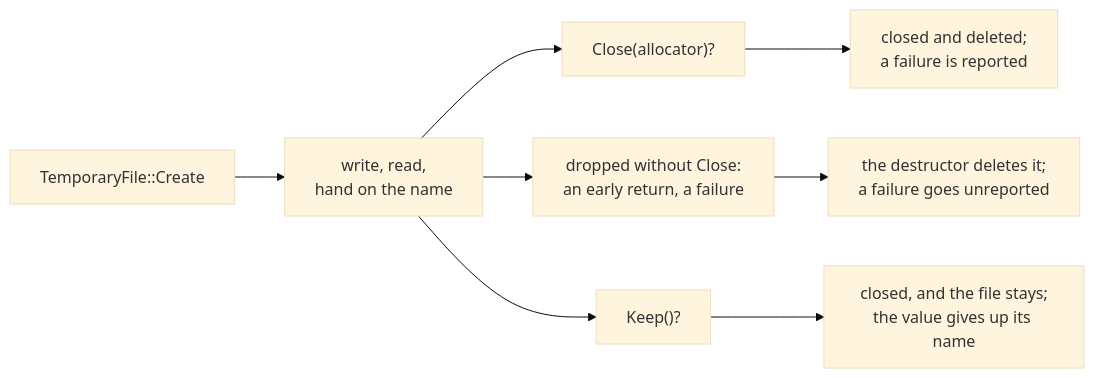
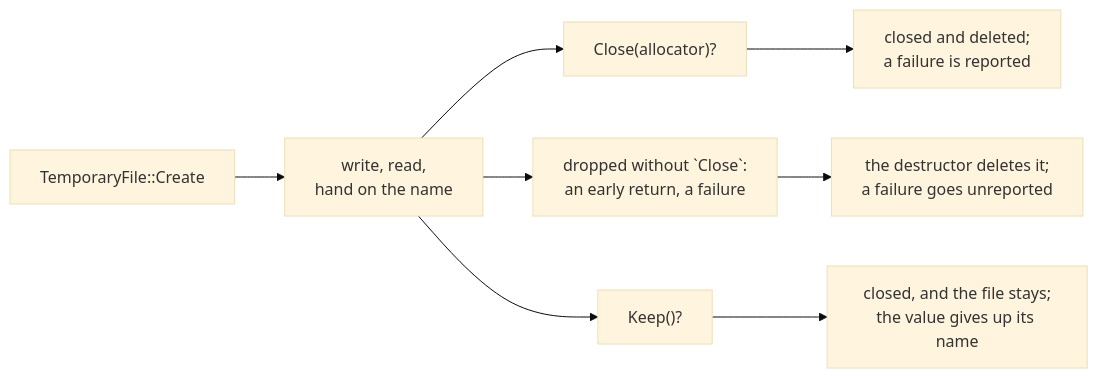
The diagram in content/docs/1.learn/19.files/10.temporary-file.md (rux-lang/Web), drawn with Mermaid (base theme) before and after one commit. The commit also changed 187 other files, not shown here.

First line of the commit message:
Draw the Learn diagrams for phones, with code in the mono face

````diff
--- a/content/docs/1.learn/19.files/10.temporary-file.md
+++ b/content/docs/1.learn/19.files/10.temporary-file.md
@@ -47,10 +47,10 @@
 ```mermaid
 flowchart LR
-    c["TemporaryFile::Create"] --> use["write, read,<br/>hand on the name"]
-    use --> close["Close(allocator)?"]
-    use --> drop["dropped without Close:<br/>an early return, a failure"]
-    use --> keep["Keep()?"]
+    c["`TemporaryFile::Create`"] --> use["write, read,<br/>hand on the name"]
+    use --> close["`Close(allocator)?`"]
+    use --> drop["dropped without `Close`:<br/>an early return, a failure"]
+    use --> keep["`Keep()?`"]
     close --> gone1["closed and deleted;<br/>a failure is reported"]
     drop --> gone2["the destructor deletes it;<br/>a failure goes unreported"]
     keep --> stays["closed, and the file stays;<br/>the value gives up its name"]
 ```
````
